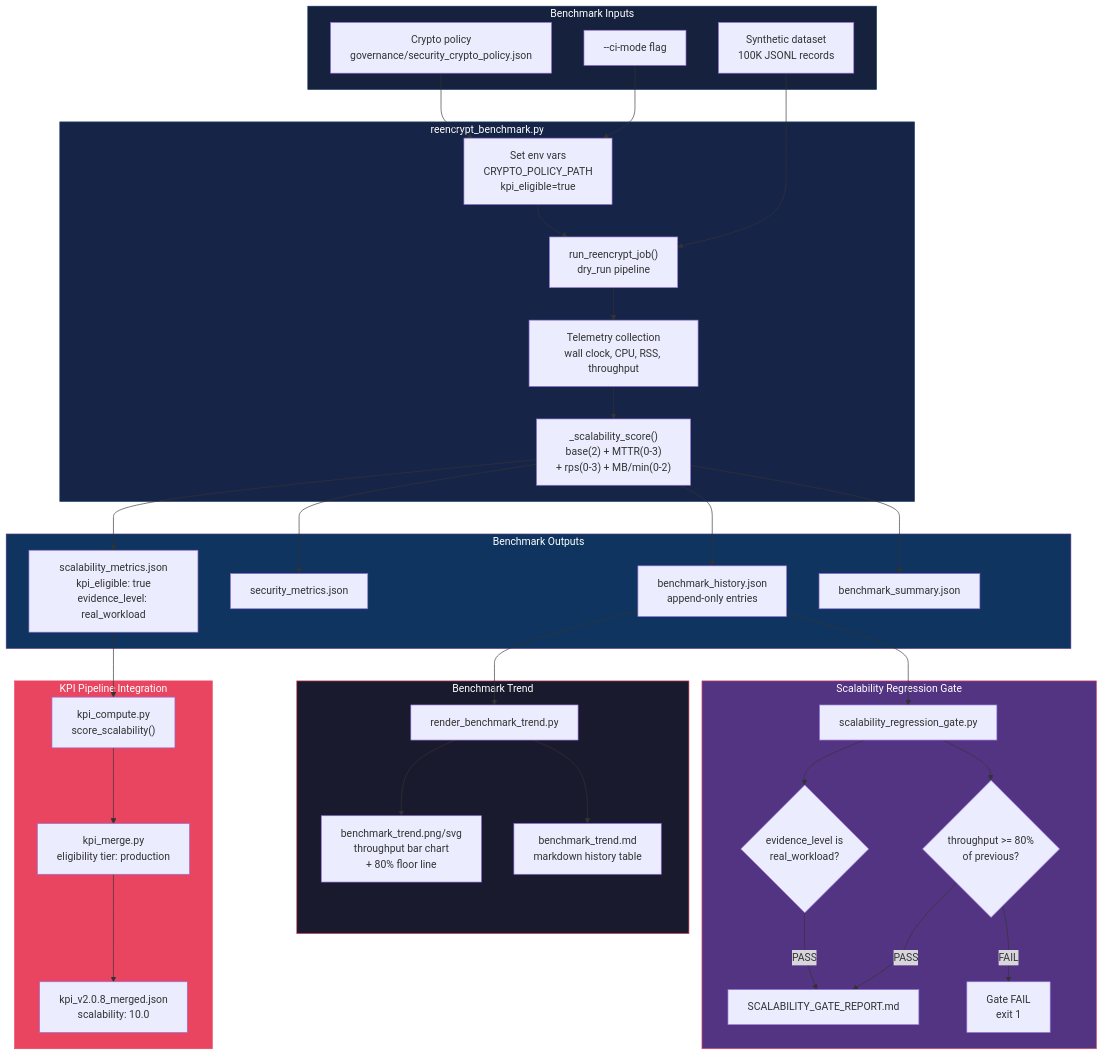
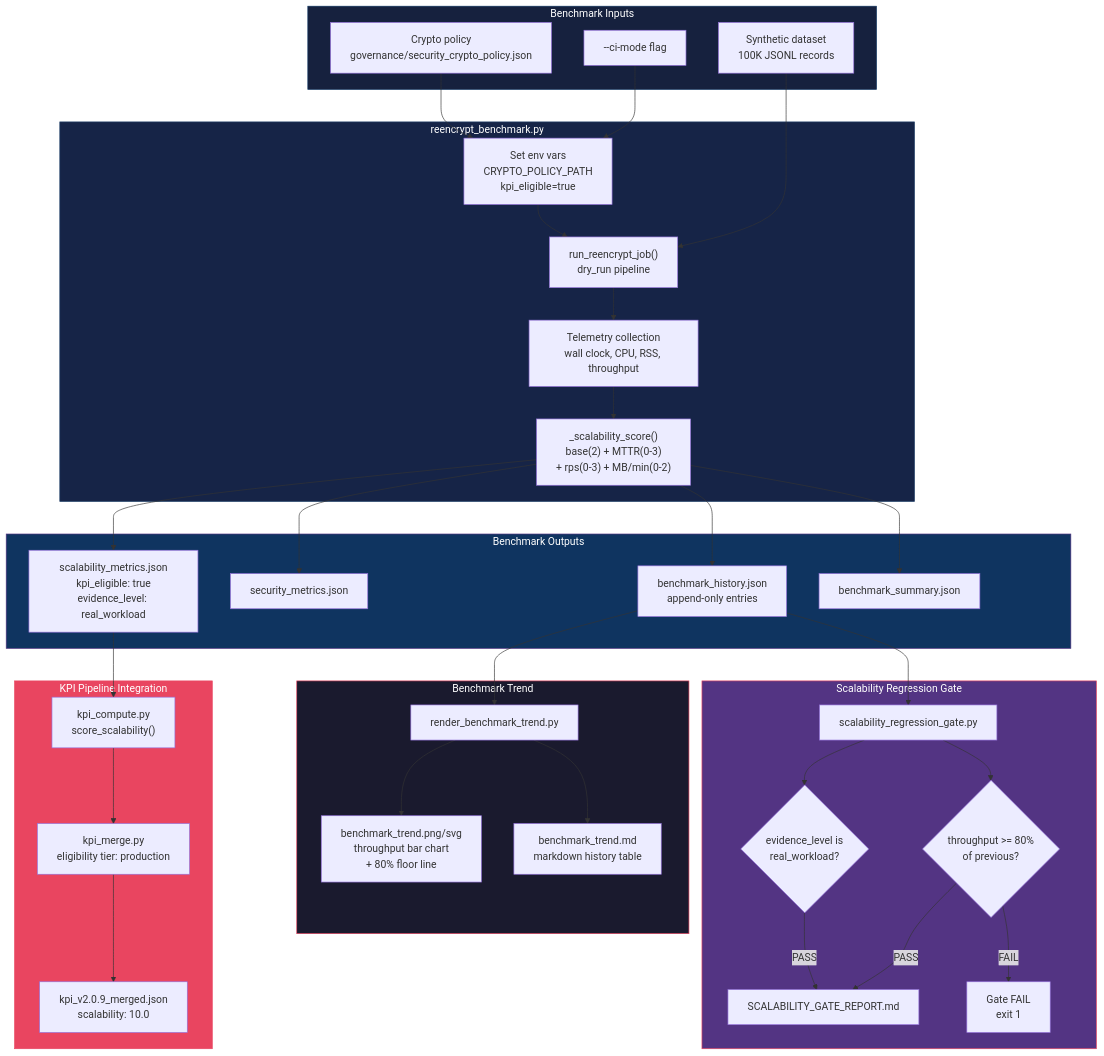
The diagram in enterprise/docs/mermaid/21-scalability-benchmark-pipeline.md (8ryanWh1t3/DeepSigma), drawn with Mermaid before and after one commit. The commit also changed 8 other files, not shown here.

First line of the commit message:
docs: update README, wiki, FAQ, glossary, mermaid, release notes for v2.0.9

````diff
--- a/enterprise/docs/mermaid/21-scalability-benchmark-pipeline.md
+++ b/enterprise/docs/mermaid/21-scalability-benchmark-pipeline.md
@@ -5,52 +5,52 @@
 ```mermaid
 flowchart TD
     subgraph Inputs["Benchmark Inputs"]
         DS["Synthetic dataset<br/>100K JSONL records"]
         CK["--ci-mode flag"]
         CP["Crypto policy<br/>governance/security_crypto_policy.json"]
     end
 
     subgraph Benchmark["reencrypt_benchmark.py"]
         CK --> ENV["Set env vars<br/>CRYPTO_POLICY_PATH<br/>kpi_eligible=true"]
         DS --> RJ["run_reencrypt_job()<br/>dry_run pipeline"]
         ENV --> RJ
         CP --> ENV
         RJ --> TEL["Telemetry collection<br/>wall clock, CPU, RSS, throughput"]
         TEL --> SCORE["_scalability_score()<br/>base(2) + MTTR(0-3)<br/>+ rps(0-3) + MB/min(0-2)"]
     end
 
     subgraph Outputs["Benchmark Outputs"]
         SCORE --> SM["scalability_metrics.json<br/>kpi_eligible: true<br/>evidence_level: real_workload"]
         SCORE --> SEC["security_metrics.json"]
         SCORE --> BH["benchmark_history.json<br/>append-only entries"]
         SCORE --> BS["benchmark_summary.json"]
     end
 
     subgraph Gate["Scalability Regression Gate"]
         BH --> SRG["scalability_regression_gate.py"]
         SRG --> C1{"throughput >= 80%<br/>of previous?"}
         SRG --> C2{"evidence_level is<br/>real_workload?"}
         C1 -->|PASS| SGR["SCALABILITY_GATE_REPORT.md"]
         C2 -->|PASS| SGR
         C1 -->|FAIL| FAIL["Gate FAIL<br/>exit 1"]
     end
 
     subgraph Trend["Benchmark Trend"]
         BH --> RT["render_benchmark_trend.py"]
         RT --> TP["benchmark_trend.png/svg<br/>throughput bar chart<br/>+ 80% floor line"]
         RT --> TM["benchmark_trend.md<br/>markdown history table"]
     end
 
     subgraph KPI["KPI Pipeline Integration"]
         SM --> KC["kpi_compute.py<br/>score_scalability()"]
         KC --> KM["kpi_merge.py<br/>eligibility tier: production"]
-        KM --> MERGED["kpi_v2.0.8_merged.json<br/>scalability: 10.0"]
+        KM --> MERGED["kpi_v2.0.9_merged.json<br/>scalability: 10.0"]
     end
 
     style Inputs fill:#16213e,stroke:#0f3460,color:#fff
     style Benchmark fill:#162447,stroke:#1f4068,color:#fff
     style Outputs fill:#0f3460,stroke:#533483,color:#fff
     style Gate fill:#533483,stroke:#e94560,color:#fff
     style Trend fill:#1a1a2e,stroke:#e94560,color:#fff
     style KPI fill:#e94560,stroke:#e94560,color:#fff
 ```
````
